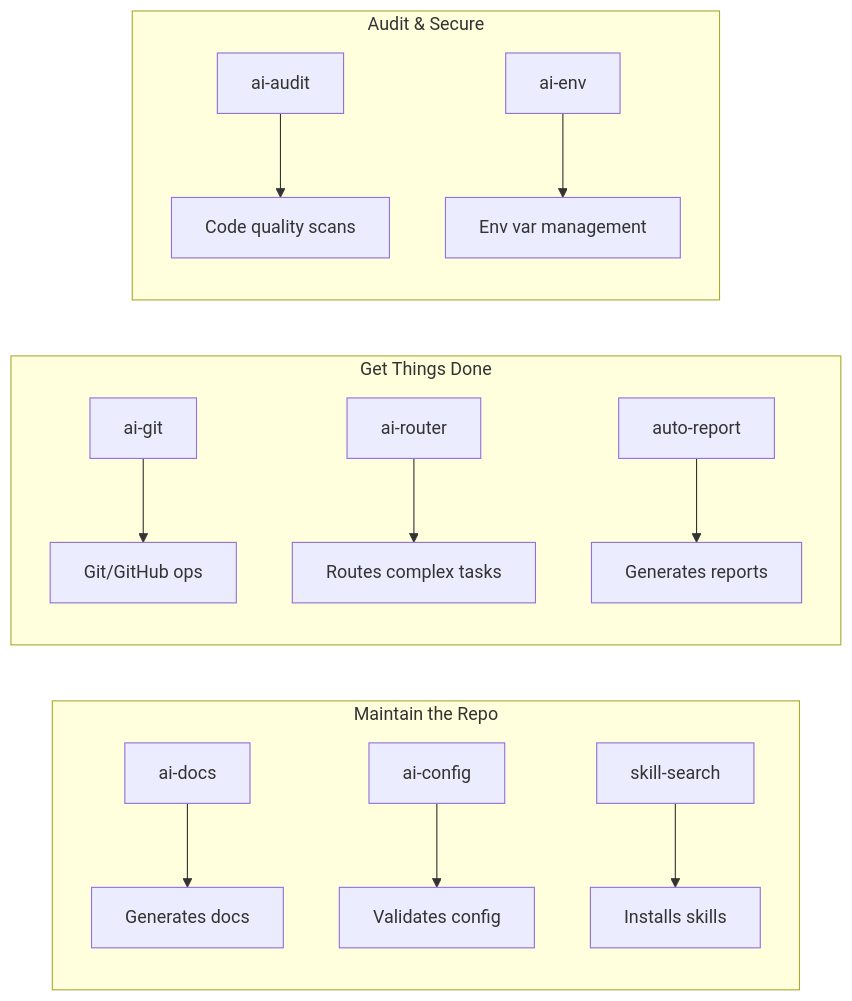
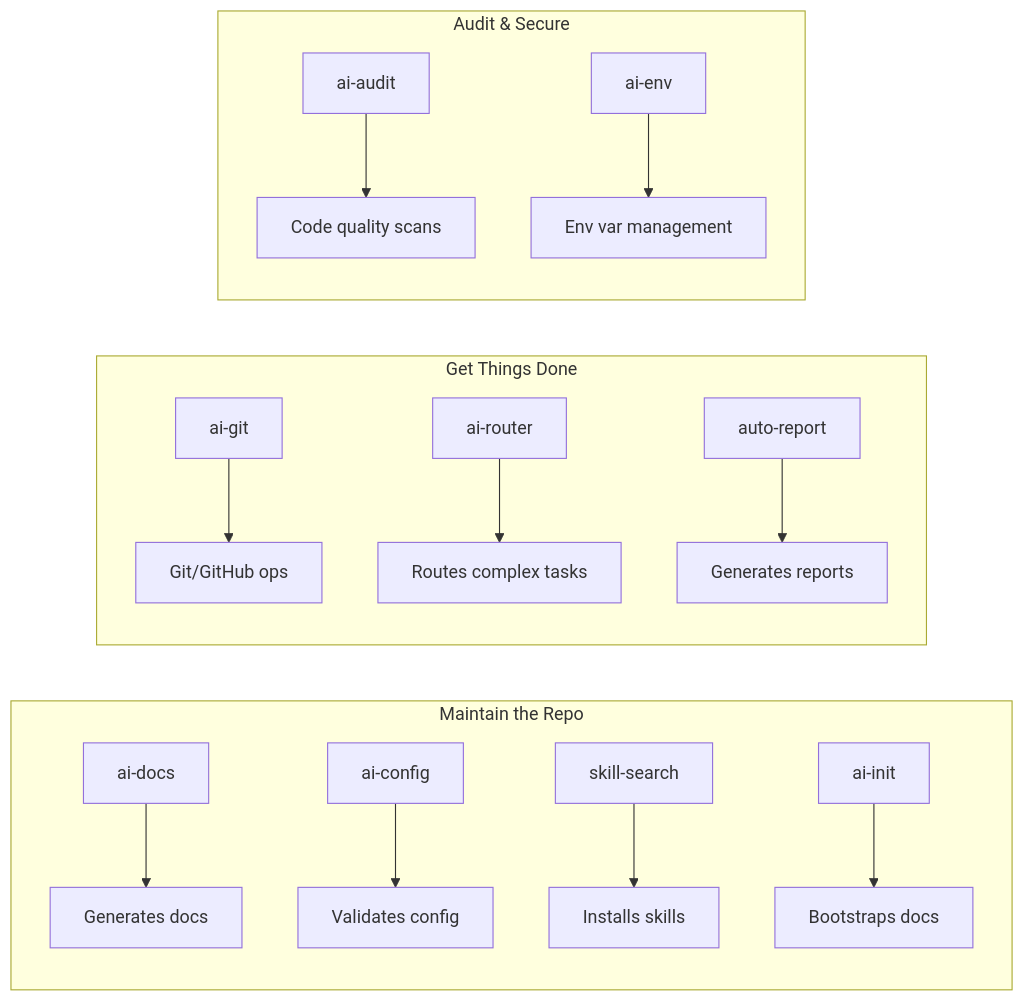
The first of 3 diagrams in docs/README.md (Echeq/myAI-Skills), drawn with Mermaid before and after one commit. The commit also changed other lines of this file and 32 other files, not shown here.

````diff
--- a/docs/README.md
+++ b/docs/README.md
@@ -21,18 +22,19 @@
 ```mermaid
 %%{init: { 'flowchart': { 'useMaxWidth': true }, 'themeCSS': '.mermaid svg { max-width: 100% !important; height: auto !important; }' } }%%
 flowchart LR
     subgraph Meta["Maintain the Repo"]
         A[ai-docs] --> D[Generates docs]
         B[ai-config] --> E[Validates config]
         C[skill-search] --> F[Installs skills]
+        Z[ai-init] --> Y[Bootstraps docs]
     end
     subgraph Workflow["Get Things Done"]
         G[ai-git] --> H[Git/GitHub ops]
         I[ai-router] --> J[Routes complex tasks]
         K[auto-report] --> L[Generates reports]
     end
     subgraph Quality["Audit & Secure"]
         M[ai-audit] --> N[Code quality scans]
         O[ai-env] --> P[Env var management]
     end
 ```
````
